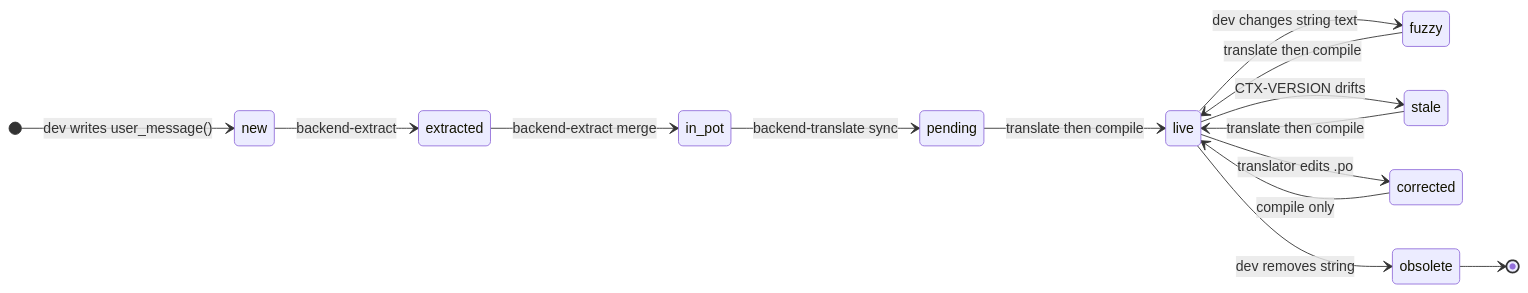
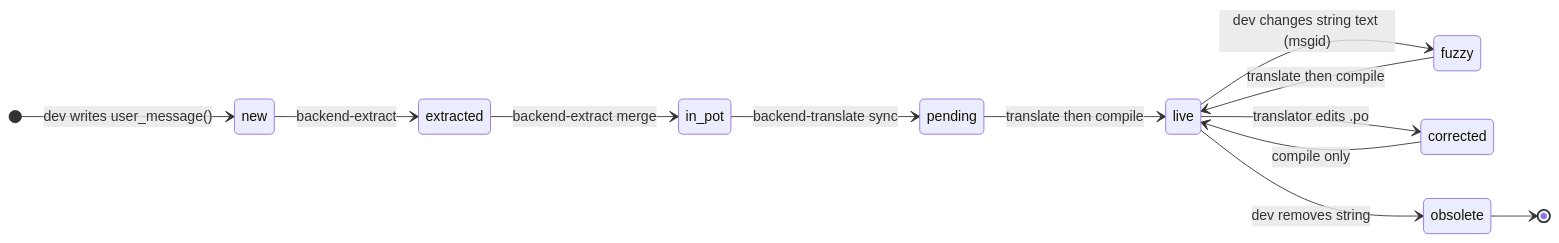
The first of 3 diagrams in scripts/i18n/DESIGN.md (ITISFoundation/osparc-simcore), drawn with Mermaid before and after one commit. The commit also changed other lines of this file and 9 other files, not shown here.

````diff
--- a/scripts/i18n/DESIGN.md
+++ b/scripts/i18n/DESIGN.md
@@ -115,21 +117,18 @@
 ```mermaid
 stateDiagram-v2
     direction LR
     [*] --> new : dev writes user_message()
     new --> extracted : backend-extract
     extracted --> in_pot : backend-extract merge
     in_pot --> pending : backend-translate sync
     pending --> live : translate then compile
 
-    live --> fuzzy : dev changes string text
+    live --> fuzzy : dev changes string text (msgid)
     fuzzy --> live : translate then compile
-
-    live --> stale : CTX-VERSION drifts
-    stale --> live : translate then compile
 
     live --> corrected : translator edits .po
     corrected --> live : compile only
 
     live --> obsolete : dev removes string
     obsolete --> [*]
 ```
````
